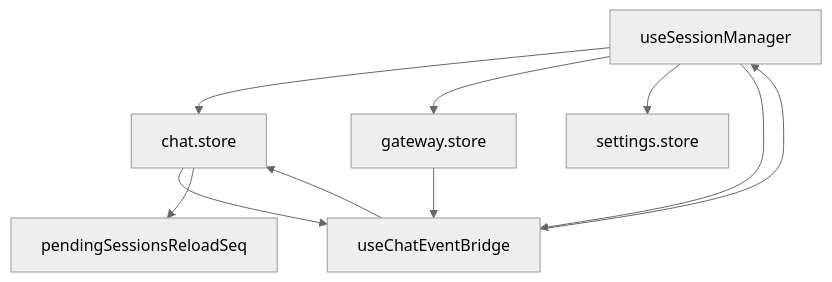
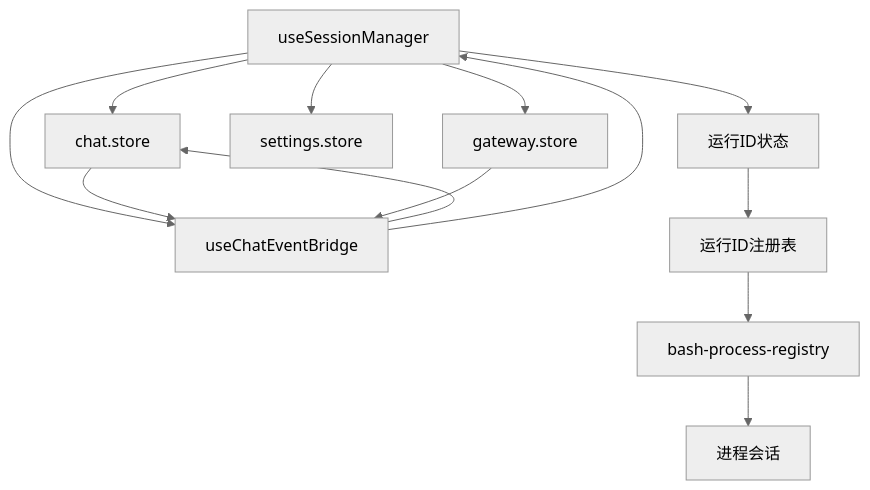
One commit to verse-ai-org/openclaw changed diagram 18 of 19 in .qoder/repowiki/zh/content/核心概念/会话管理.md. Above: the diagram before and after it, drawn with Mermaid (neutral theme). The commit also changed other lines of this file and 95 other files, not shown here.

````diff
--- a/.qoder/repowiki/zh/content/核心概念/会话管理.md
+++ b/.qoder/repowiki/zh/content/核心概念/会话管理.md
@@ -890,12 +1006,15 @@
 ```mermaid
 graph TB
 USM["useSessionManager"] --> CS["chat.store"]
 USM --> GS["gateway.store"]
 USM --> SS["settings.store"]
 USM --> CEB["useChatEventBridge"]
+USM --> RID["运行ID状态"]
 CS --> CEB
 GS --> CEB
 CEB --> CS
 CEB --> USM
-CS --> PRL["pendingSessionsReloadSeq"]
+RID --> RUNS["运行ID注册表"]
+RUNS --> BPR["bash-process-registry"]
+BPR --> PROC["进程会话"]
 ```
````
